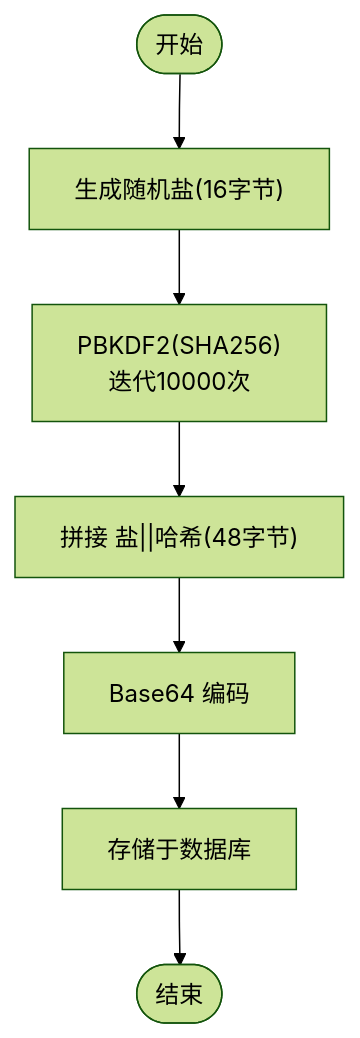
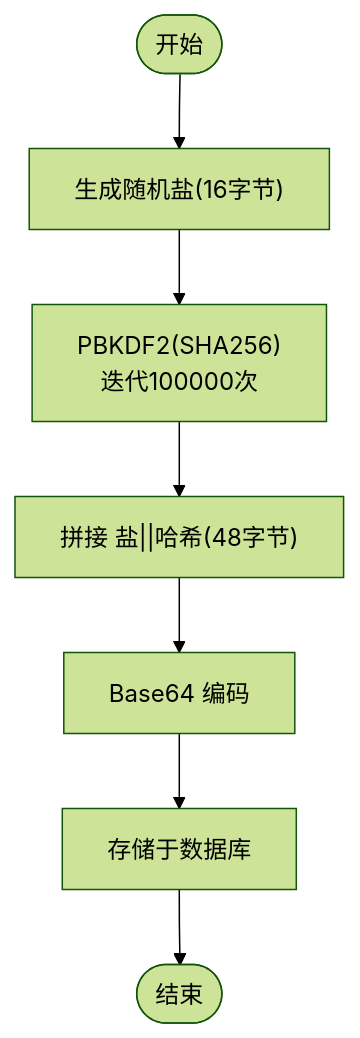
Before and after one commit to cppsh1t/talearc-backend: the third of 5 diagrams in .qoder/repowiki/zh/content/核心服务架构/密码哈希服务.md, drawn with Mermaid (forest theme). The commit also changed other lines of this file and 7 other files, not shown here.

````diff
--- a/.qoder/repowiki/zh/content/核心服务架构/密码哈希服务.md
+++ b/.qoder/repowiki/zh/content/核心服务架构/密码哈希服务.md
@@ -139,9 +145,9 @@
 ```mermaid
 flowchart TD
 Start(["开始"]) --> GenSalt["生成随机盐(16字节)"]
-GenSalt --> Derive["PBKDF2(SHA256)<br/>迭代10000次"]
+GenSalt --> Derive["PBKDF2(SHA256)<br/>迭代100000次"]
 Derive --> Concat["拼接 盐||哈希(48字节)"]
 Concat --> Encode["Base64 编码"]
 Encode --> Store["存储于数据库"]
 Store --> End(["结束"])
 ```
````
